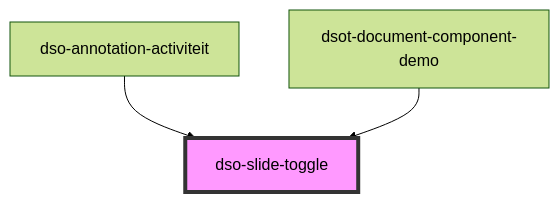
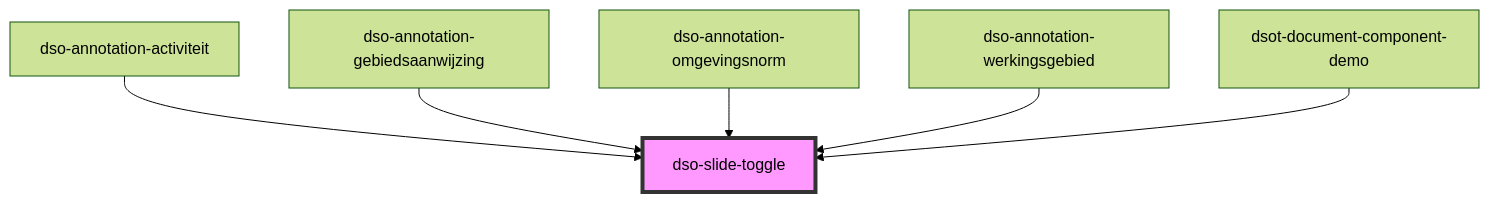
The diagram in packages/core/src/components/slide-toggle/readme.md (dso-toolkit/dso-toolkit), drawn with Mermaid (forest theme) before and after one commit. The commit also changed other lines of this file and 22 other files, not shown here.

````diff
--- a/packages/core/src/components/slide-toggle/readme.md
+++ b/packages/core/src/components/slide-toggle/readme.md
@@ -34,6 +37,9 @@
 ```mermaid
 graph TD;
   dso-annotation-activiteit --> dso-slide-toggle
+  dso-annotation-gebiedsaanwijzing --> dso-slide-toggle
+  dso-annotation-omgevingsnorm --> dso-slide-toggle
+  dso-annotation-werkingsgebied --> dso-slide-toggle
   dsot-document-component-demo --> dso-slide-toggle
   style dso-slide-toggle fill:#f9f,stroke:#333,stroke-width:4px
 ```
````
